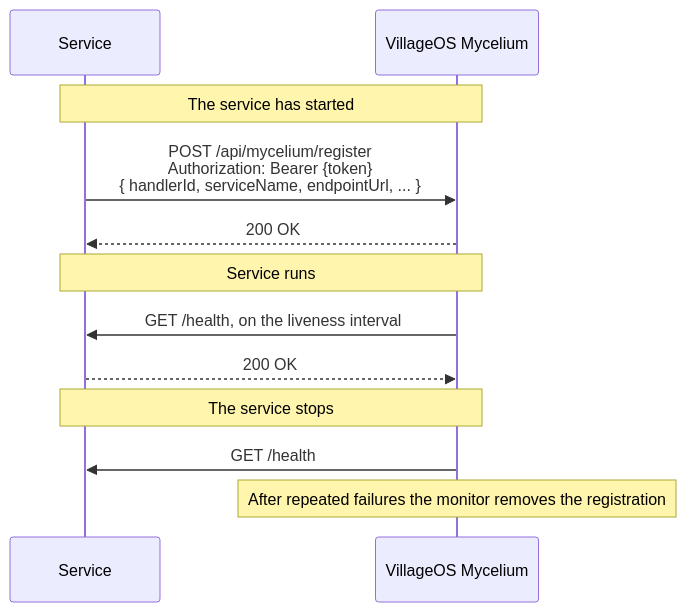
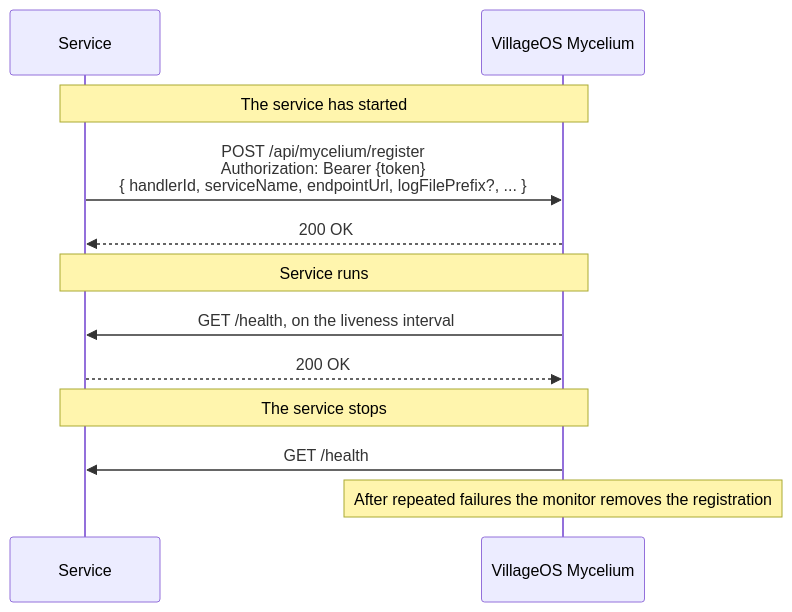
One commit to ReGen-Villages/VillageOS-API changed the first of 3 diagrams in docs/SERVICES.md. Above: the diagram before and after it, drawn with Mermaid. The commit also changed other lines of this file and 16 other files, not shown here.

````diff
--- a/docs/SERVICES.md
+++ b/docs/SERVICES.md
@@ -255,17 +256,17 @@
 ```mermaid
 sequenceDiagram
     participant MS as Service
     participant B  as VillageOS Mycelium
 
     Note over MS,B: The service has started
-    MS->>B: POST /api/mycelium/register<br/>Authorization: Bearer {token}<br/>{ handlerId, serviceName, endpointUrl, ... }
+    MS->>B: POST /api/mycelium/register<br/>Authorization: Bearer {token}<br/>{ handlerId, serviceName, endpointUrl, logFilePrefix?, ... }
     B-->>MS: 200 OK
 
     Note over MS,B: Service runs
     B->>MS: GET /health, on the liveness interval
     MS-->>B: 200 OK
 
     Note over MS,B: The service stops
     B->>MS: GET /health
     Note over B: After repeated failures the monitor removes the registration
 ```
````
